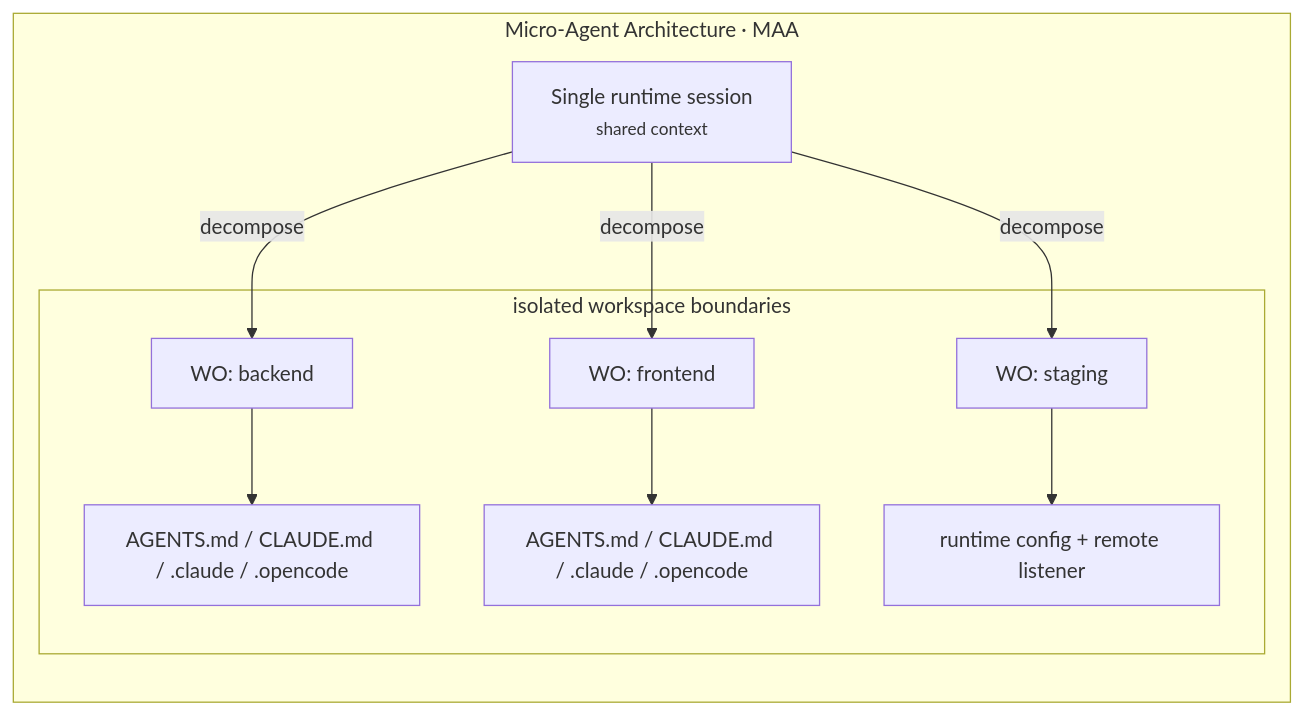
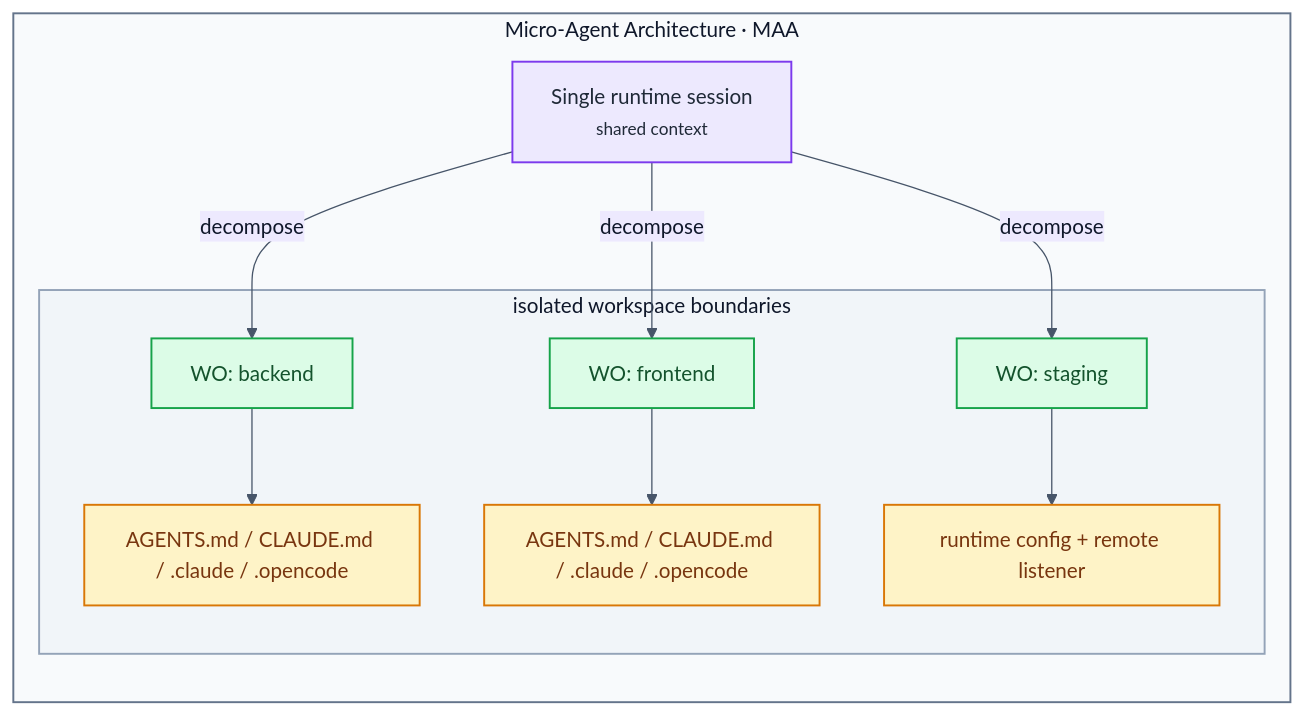
Before and after one commit to matteblack9/coding-agent-fabric: the second of 12 diagrams in README.md, drawn with Mermaid. The commit also changed other lines of this file, not shown here.

Commit message:
docs: colorize README mermaid diagrams

````diff
--- a/README.md
+++ b/README.md
@@ -59,16 +69,26 @@
 ```mermaid
+%%{init: {"theme":"base","themeVariables":{"primaryColor":"#E6F1FB","primaryTextColor":"#0F172A","primaryBorderColor":"#185FA5","secondaryColor":"#EDE9FE","secondaryTextColor":"#1F2937","secondaryBorderColor":"#7C3AED","tertiaryColor":"#ECFDF5","tertiaryTextColor":"#14532D","tertiaryBorderColor":"#16A34A","lineColor":"#475569","clusterBkg":"#F8FAFC","clusterBorder":"#94A3B8","noteBkgColor":"#FEF3C7","noteTextColor":"#78350F","noteBorderColor":"#D97706","activationBkgColor":"#DBEAFE","activationBorderColor":"#2563EB","sequenceNumberColor":"#0F172A"}}}%%
 graph LR
     subgraph MAA["Micro-Agent Architecture · MAA"]
         SINGLE["Single runtime session<br/><small>shared context</small>"]
 
         SINGLE -->|"decompose"| WA
         SINGLE -->|"decompose"| WB
         SINGLE -->|"decompose"| WC
 
         subgraph IB["isolated workspace boundaries"]
             WA["WO: backend"] --> WA_CTX["AGENTS.md / CLAUDE.md / .claude / .opencode"]
             WB["WO: frontend"] --> WB_CTX["AGENTS.md / CLAUDE.md / .claude / .opencode"]
             WC["WO: staging"] --> WC_CTX["runtime config + remote listener"]
         end
     end
+
+    classDef session fill:#EDE9FE,stroke:#7C3AED,color:#1F2937,stroke-width:1.5px
+    classDef worker fill:#DCFCE7,stroke:#16A34A,color:#14532D,stroke-width:1.5px
+    classDef context fill:#FEF3C7,stroke:#D97706,color:#78350F,stroke-width:1.5px
+    style MAA fill:#F8FAFC,stroke:#64748B,stroke-width:1.5px,color:#0F172A
+    style IB fill:#F1F5F9,stroke:#94A3B8,stroke-width:1.5px,color:#0F172A
+    class SINGLE session
+    class WA,WB,WC worker
+    class WA_CTX,WB_CTX,WC_CTX context
 ```
````
